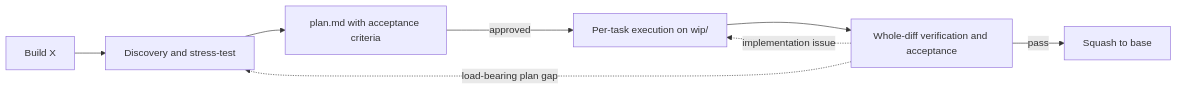
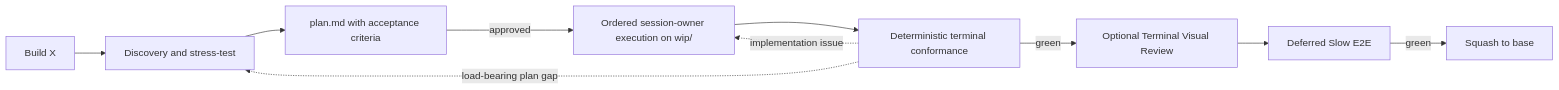
Before and after one commit to babymum7/gsd: the diagram in README.md, drawn with Mermaid. The commit also changed other lines of this file and 25 other files, not shown here.

Commit message:
feat(gsd): make session owner lifecycle authority

````diff
--- a/README.md
+++ b/README.md
@@ -45,10 +45,12 @@
 ```mermaid
 flowchart LR
     U["Build X"] --> B[Discovery and stress-test]
     B --> P[plan.md with acceptance criteria]
-    P -->|approved| E[Per-task execution on wip/]
-    E --> V[Whole-diff verification and acceptance]
-    V -->|pass| M[Squash to base]
+    P -->|approved| E[Ordered session-owner execution on wip/]
+    E --> V[Deterministic terminal conformance]
+    V -->|green| L[Optional Terminal Visual Review]
+    L --> S[Deferred Slow E2E]
+    S -->|green| M[Squash to base]
     V -.implementation issue.-> E
     V -.load-bearing plan gap.-> B
 ```
````
